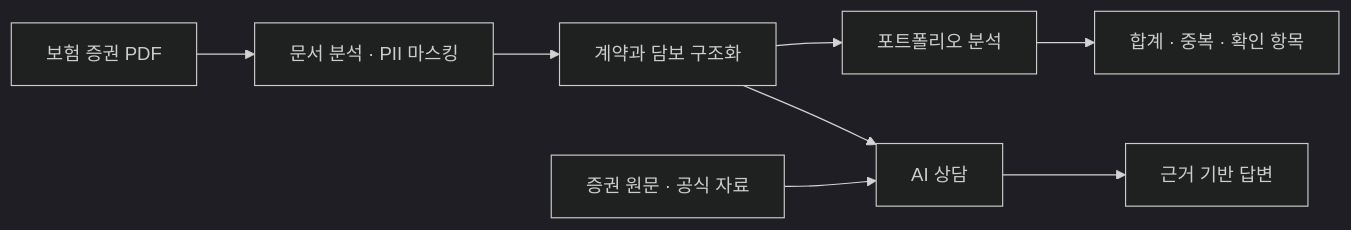
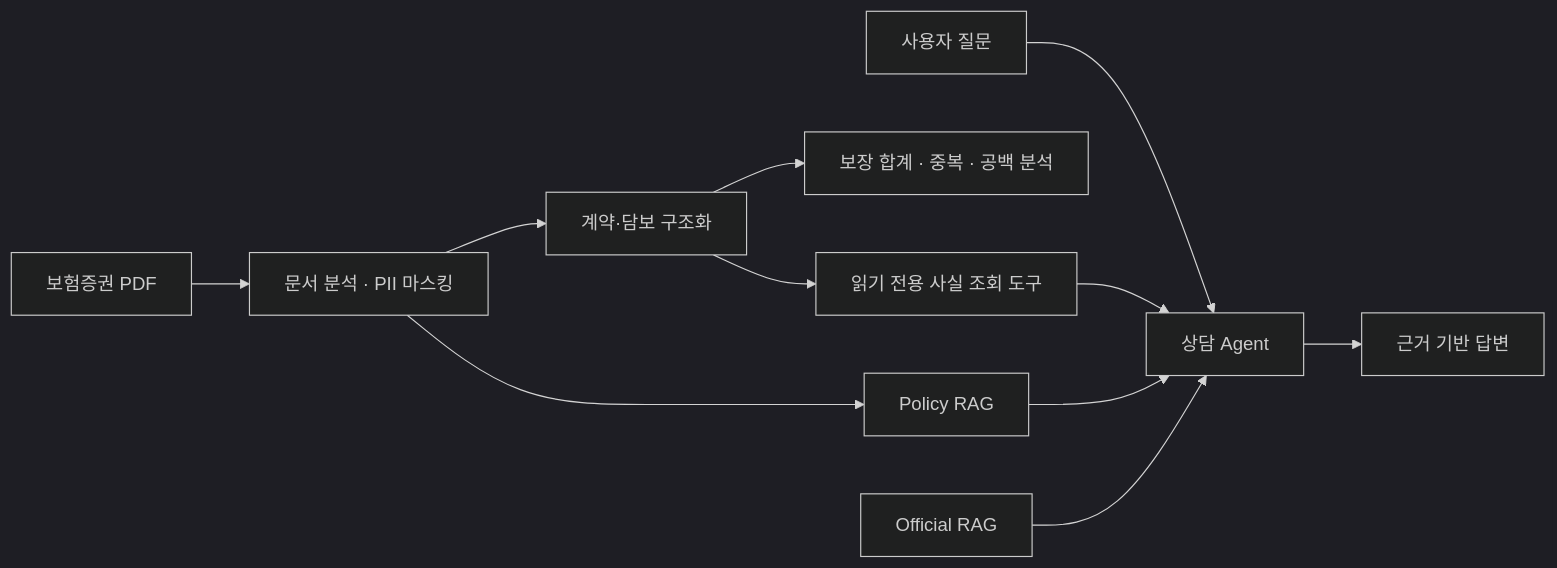
The first of 2 diagrams in README.md (seojuny95/coverly), drawn with Mermaid (dark theme) before and after one commit. The commit also changed other lines of this file and 5 other files, not shown here.

````diff
--- a/README.md
+++ b/README.md
@@ -36,10 +36,15 @@
 ```mermaid
 flowchart LR
-    A["보험 증권 PDF"] --> B["문서 분석 · PII 마스킹"]
-    B --> C["계약과 담보 구조화"]
-    C --> D["포트폴리오 분석"]
-    C --> E["AI 상담"]
-    F["증권 원문 · 공식 자료"] --> E
-    D --> G["합계 · 중복 · 확인 항목"]
-    E --> H["근거 기반 답변"]
+    PDF["보험증권 PDF"] --> PARSE["문서 분석 · PII 마스킹"]
+    PARSE --> FACTS["계약·담보 구조화"]
+    PARSE --> POLICY["Policy RAG"]
+
+    FACTS --> ANALYSIS["보장 합계 · 중복 · 공백 분석"]
+    FACTS --> TOOLS["읽기 전용 사실 조회 도구"]
+
+    QUESTION["사용자 질문"] --> AGENT["상담 Agent"]
+    TOOLS --> AGENT
+    POLICY --> AGENT
+    OFFICIAL["Official RAG"] --> AGENT
+    AGENT --> ANSWER["근거 기반 답변"]
 ```
````
